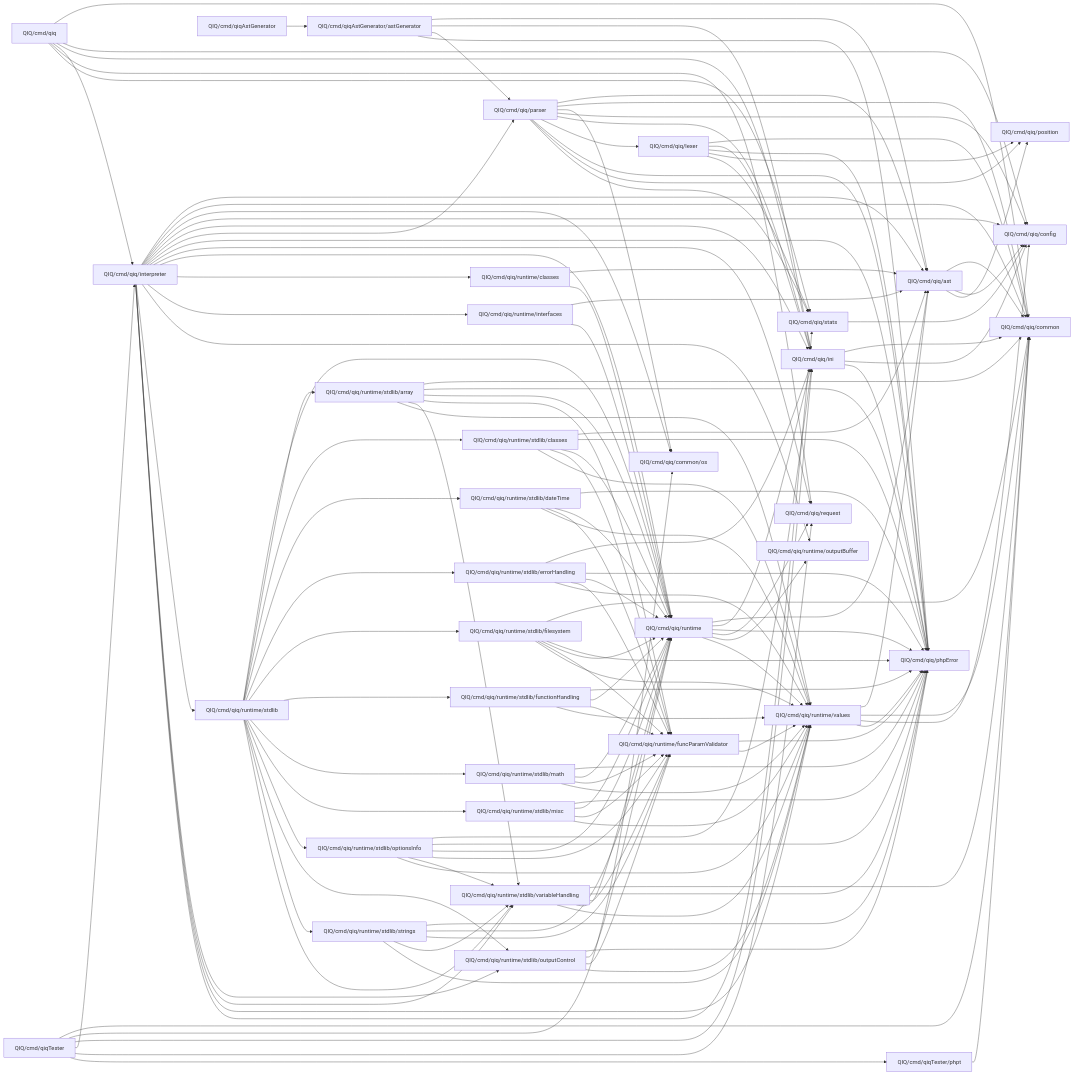
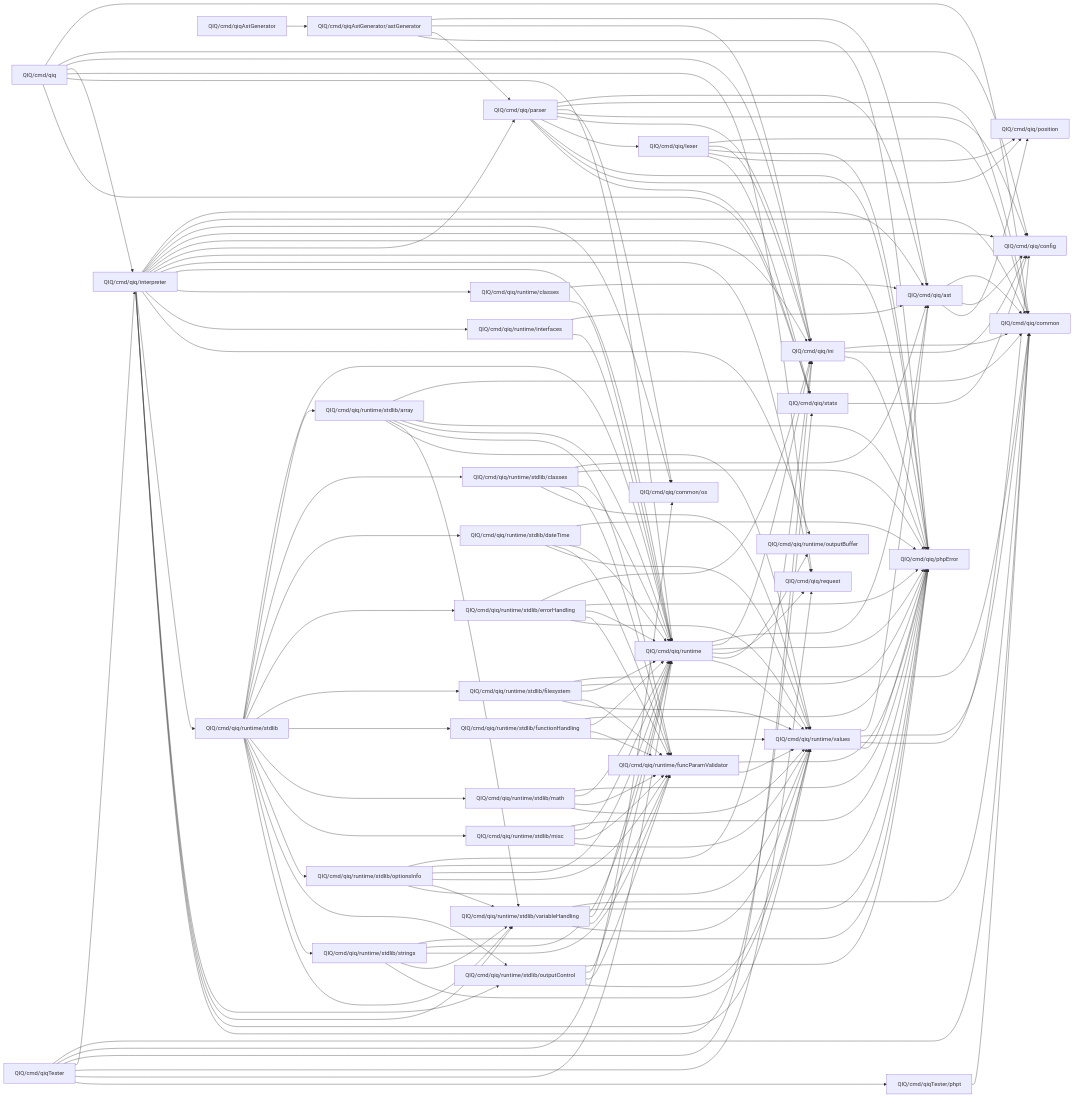
The diagram in doc/Packages.md (MasterZydra/QIQ), drawn with Mermaid before and after one commit. The commit also changed 10 other files, not shown here.

```diff
--- a/doc/Packages.md
+++ b/doc/Packages.md
@@ -7,6 +7,7 @@
     QIQ_cmd_qiq[QIQ/cmd/qiq] --> QIQ_cmd_qiq_ini[QIQ/cmd/qiq/ini]
     QIQ_cmd_qiq[QIQ/cmd/qiq] --> QIQ_cmd_qiq_interpreter[QIQ/cmd/qiq/interpreter]
     QIQ_cmd_qiq[QIQ/cmd/qiq] --> QIQ_cmd_qiq_request[QIQ/cmd/qiq/request]
+    QIQ_cmd_qiq[QIQ/cmd/qiq] --> QIQ_cmd_qiq_runtime[QIQ/cmd/qiq/runtime]
     QIQ_cmd_qiq[QIQ/cmd/qiq] --> QIQ_cmd_qiq_stats[QIQ/cmd/qiq/stats]
 
     QIQ_cmd_qiq_ast[QIQ/cmd/qiq/ast] --> QIQ_cmd_qiq_common[QIQ/cmd/qiq/common]
@@ -169,6 +170,7 @@
     QIQ_cmd_qiqTester[QIQ/cmd/qiqTester] --> QIQ_cmd_qiq_ini[QIQ/cmd/qiq/ini]
     QIQ_cmd_qiqTester[QIQ/cmd/qiqTester] --> QIQ_cmd_qiq_interpreter[QIQ/cmd/qiq/interpreter]
     QIQ_cmd_qiqTester[QIQ/cmd/qiqTester] --> QIQ_cmd_qiq_request[QIQ/cmd/qiq/request]
+    QIQ_cmd_qiqTester[QIQ/cmd/qiqTester] --> QIQ_cmd_qiq_runtime[QIQ/cmd/qiq/runtime]
     QIQ_cmd_qiqTester[QIQ/cmd/qiqTester] --> QIQ_cmd_qiqTester_phpt[QIQ/cmd/qiqTester/phpt]
 
     QIQ_cmd_qiqTester_phpt[QIQ/cmd/qiqTester/phpt] --> QIQ_cmd_qiq_common[QIQ/cmd/qiq/common]
```
